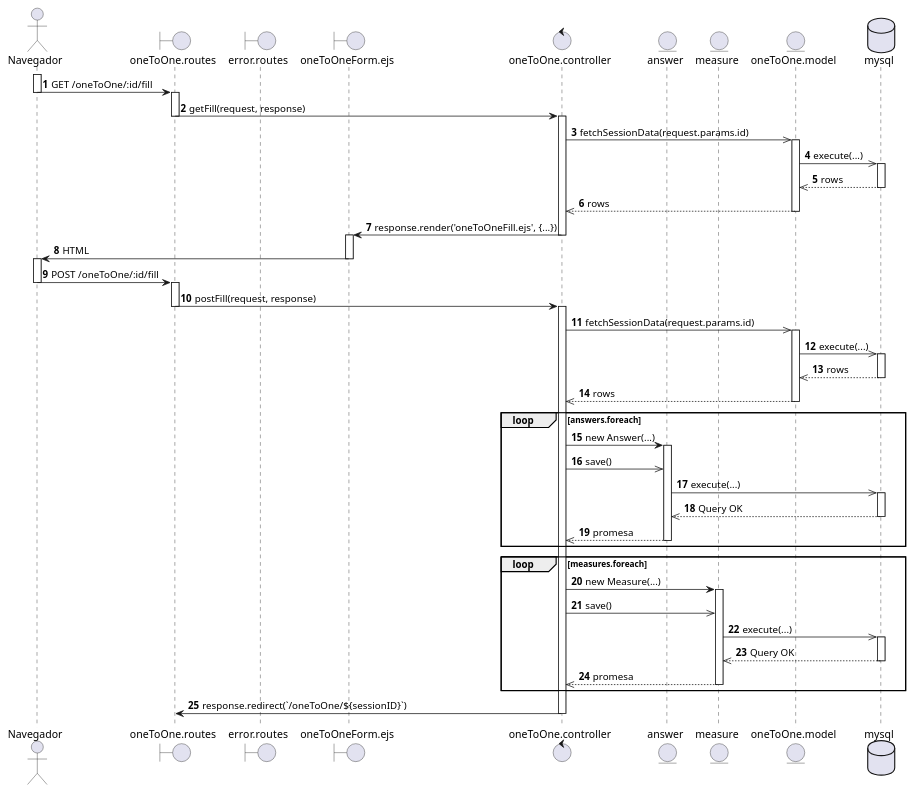
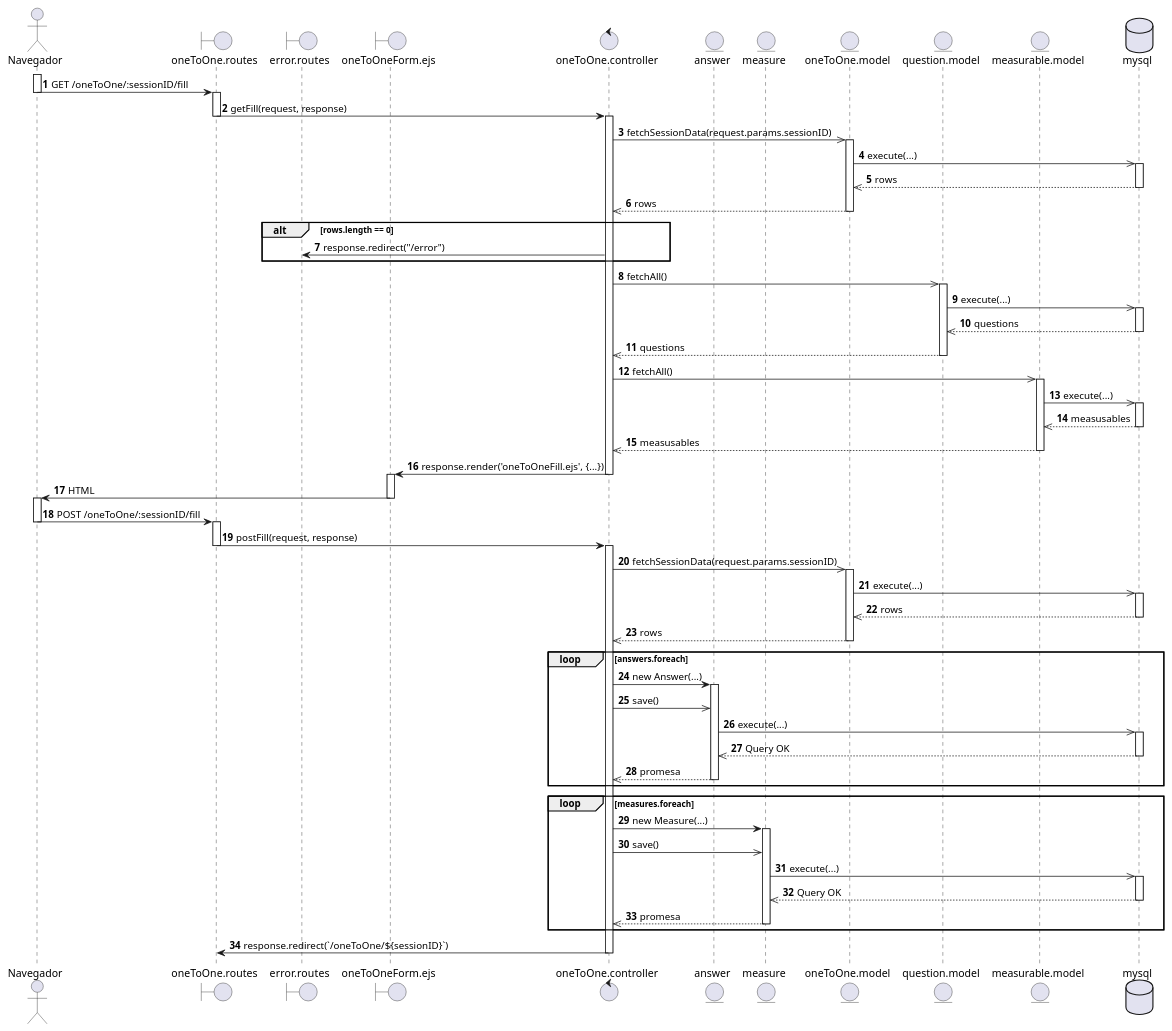
The diagram in diagrams/Casos de Uso/mundo req fun/Diagramas secuencia/CU34.puml (EdCanCe/WorkCells), drawn with PlantUML before and after one commit. The commit also changed 6 other files, not shown here.

```diff
--- a/diagrams/Casos de Uso/mundo req fun/Diagramas secuencia/CU34.puml
+++ b/diagrams/Casos de Uso/mundo req fun/Diagramas secuencia/CU34.puml
@@ -1,87 +1,111 @@
 @startuml
 actor Navegador
 boundary "oneToOne.routes" as Routes
 boundary "error.routes" as Error
 boundary "oneToOneForm.ejs" as Ejs
 control "oneToOne.controller" as Controller
 entity "answer" as Answer
 entity "measure" as Measure
 entity "oneToOne.model" as Model
+entity "question.model" as Question
+entity "measurable.model" as Measurable
 database "mysql" as MySQL
 
 autonumber
 
 activate Navegador
-Navegador -> Routes  : GET /oneToOne/:id/fill
+Navegador -> Routes  : GET /oneToOne/:sessionID/fill
 deactivate Navegador
 
 activate Routes 
 Routes  -> Controller : getFill(request, response)
 deactivate Routes 
 
 activate Controller
 
-Controller ->> Model : fetchSessionData(request.params.id)
+Controller ->> Model : fetchSessionData(request.params.sessionID)
 activate Model
 Model ->> MySQL : execute(...)
 activate MySQL
 MySQL -->> Model : rows
 deactivate MySQL
 Model -->> Controller : rows
+deactivate Model
 
-deactivate Model
+alt rows.length == 0
+    Controller -> Error : response.redirect("/error")
+end
+
+Controller ->> Question : fetchAll()
+activate Question
+Question ->> MySQL : execute(...)
+activate MySQL
+MySQL -->> Question : questions
+deactivate MySQL
+Question -->> Controller : questions
+deactivate Question
+
+Controller ->> Measurable : fetchAll()
+activate Measurable
+Measurable ->> MySQL : execute(...)
+activate MySQL
+MySQL -->> Measurable : measusables
+deactivate MySQL
+Measurable -->> Controller : measusables
+deactivate Measurable
+
 
 Controller -> Ejs : response.render('oneToOneFill.ejs', {...})
 deactivate Controller
 
 activate Ejs
 Ejs -> Navegador : HTML
 deactivate Ejs
 
 activate Navegador
-Navegador -> Routes  : POST /oneToOne/:id/fill
+Navegador -> Routes  : POST /oneToOne/:sessionID/fill
 deactivate Navegador
 
 activate Routes 
 Routes  -> Controller : postFill(request, response)
 deactivate Routes 
 
 activate Controller
 
-Controller ->> Model : fetchSessionData(request.params.id)
+Controller ->> Model : fetchSessionData(request.params.sessionID)
 activate Model
 Model ->> MySQL : execute(...)
 activate MySQL
 MySQL -->> Model : rows
 deactivate MySQL
 Model -->> Controller : rows
 deactivate Model
 
 loop answers.foreach
     Controller -> Answer : new Answer(...)
     activate Answer
     Controller ->> Answer : save()
     Answer ->> MySQL : execute(...)
     activate MySQL
     MySQL -->> Answer : Query OK
     deactivate MySQL
     Answer -->> Controller : promesa
     deactivate Answer
 end
 
 loop measures.foreach
     Controller -> Measure : new Measure(...)
     activate Measure
     Controller ->> Measure : save()
     Measure ->> MySQL : execute(...)
     activate MySQL
     MySQL -->> Measure : Query OK
     deactivate MySQL
     Measure -->> Controller : promesa
     deactivate Measure
 end
 
 Controller -> Routes  : response.redirect(`/oneToOne/${sessionID}`)
 deactivate Controller
 
 @enduml
```
